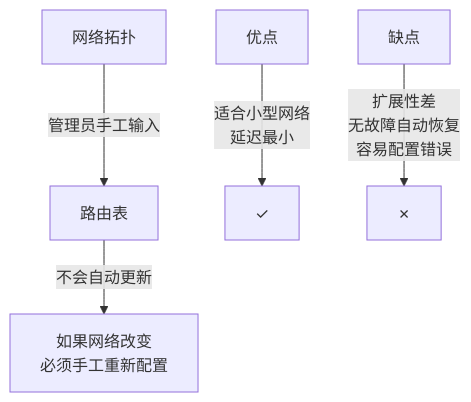
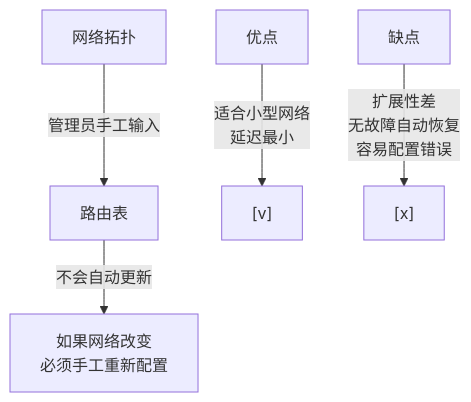
Before and after one commit to SKT-Shurima/NetworkMastery: the first of 9 diagrams in docs/guide/basics/routing.md, drawn with Mermaid. The commit also changed other lines of this file and 26 other files, not shown here.

````diff
--- a/docs/guide/basics/routing.md
+++ b/docs/guide/basics/routing.md
@@ -20,8 +20,8 @@
 ```mermaid
 graph TD
     A["网络拓扑"] -->|管理员手工输入| B["路由表"]
     B -->|不会自动更新| C["如果网络改变<br/>必须手工重新配置"]
     
-    D["优点"] -->|适合小型网络<br/>延迟最小| E["✓"]
-    F["缺点"] -->|扩展性差<br/>无故障自动恢复<br/>容易配置错误| G["✗"]
+    D["优点"] -->|适合小型网络<br/>延迟最小| E["[v]"]
+    F["缺点"] -->|扩展性差<br/>无故障自动恢复<br/>容易配置错误| G["[x]"]
 ```
````
